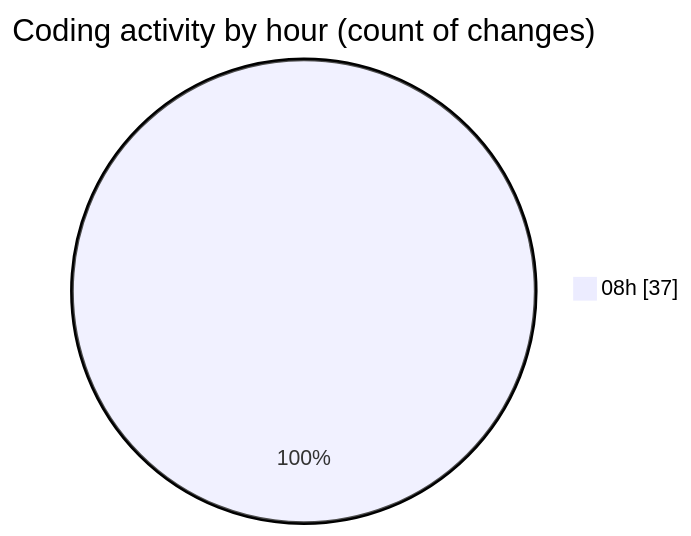
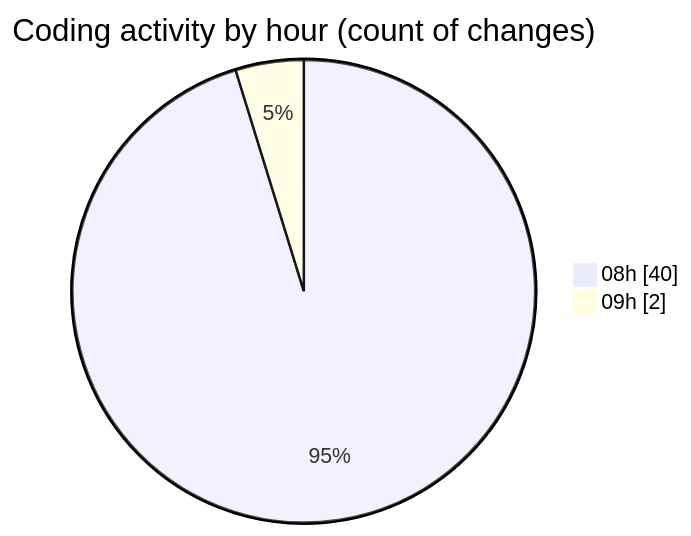
One commit to robertbonfada/code-tracking changed the second of 2 diagrams in 2025-01-27/mbc-web/README.md. Above: the diagram before and after it, drawn with Mermaid. The commit also changed other lines of this file and 1 other file, not shown here.

````diff
--- a/2025-01-27/mbc-web/README.md
+++ b/2025-01-27/mbc-web/README.md
@@ -39,5 +39,6 @@
 ```mermaid
 pie showData
 title Coding activity by hour (count of changes)
-"08h" : 37
+"08h" : 40
+"09h" : 2
 ```
````
